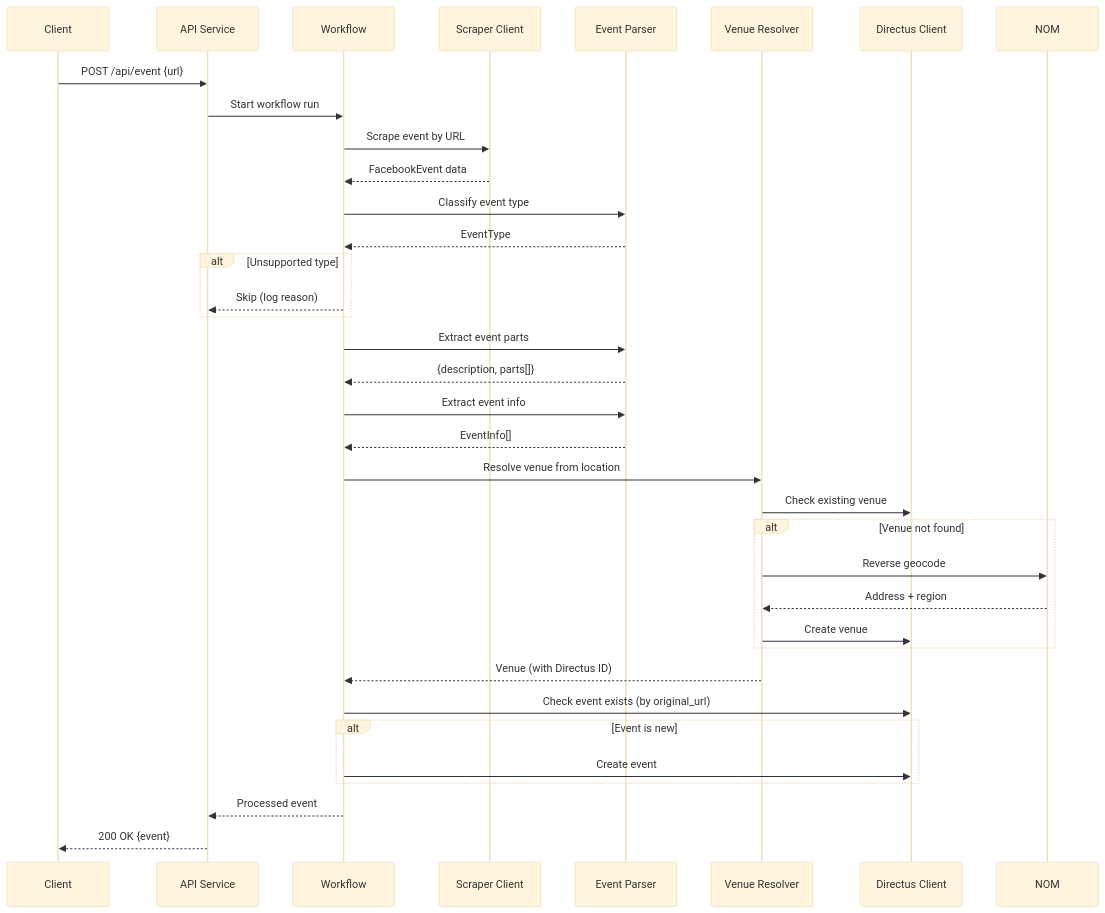
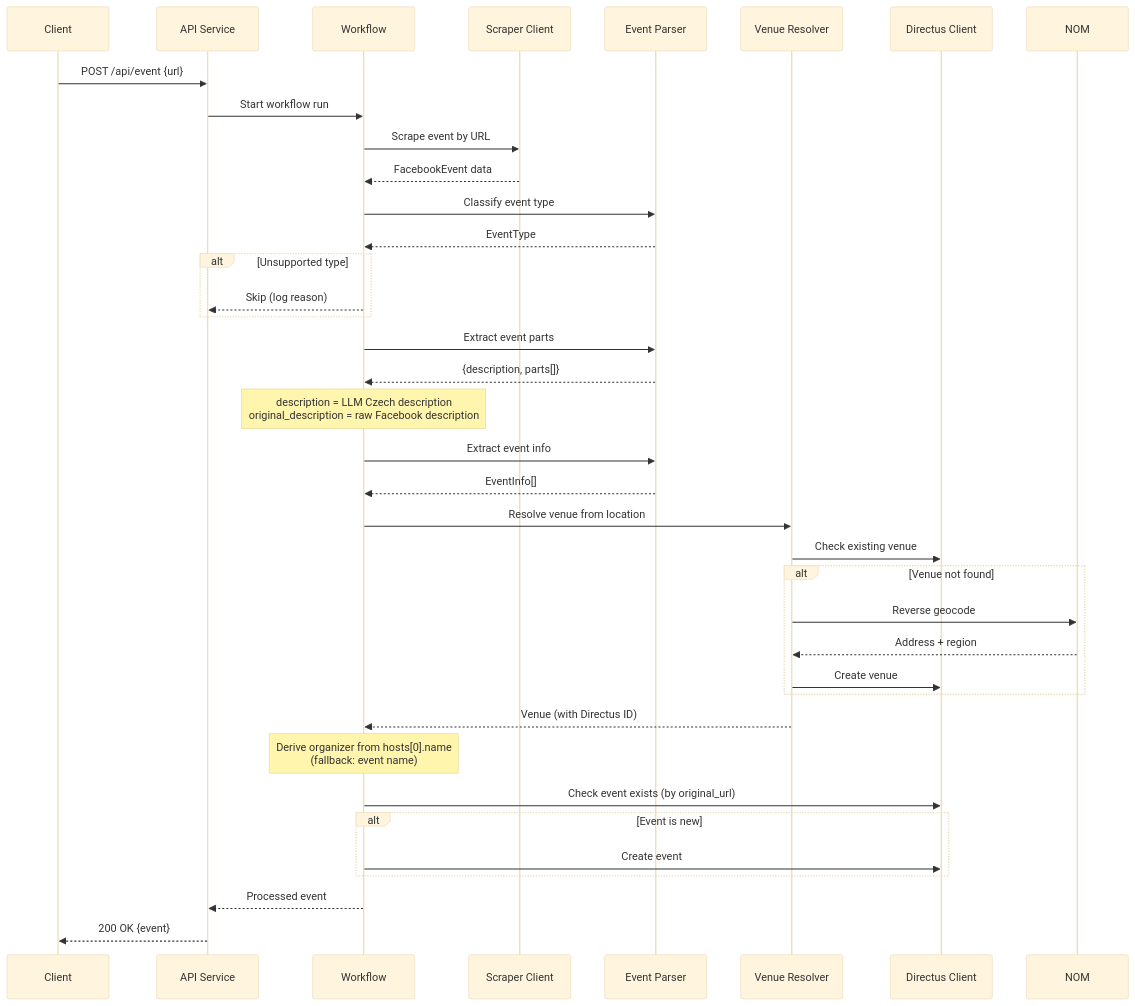
The second of 4 diagrams in .kiro/specs/event-workflow-restate/design.md (mjablecnik/Dancee-2.0), drawn with Mermaid (base theme) before and after one commit. The commit also changed other lines of this file and 1 other file, not shown here.

Commit message:
refactor: update event processing workflow and enhance documentation on container architecture

````diff
--- a/.kiro/specs/event-workflow-restate/design.md
+++ b/.kiro/specs/event-workflow-restate/design.md
@@ -63,38 +63,40 @@
 ```mermaid
 sequenceDiagram
     participant C as Client
     participant API as API Service
     participant WF as Workflow
     participant SC as Scraper Client
     participant AI as Event Parser
     participant VR as Venue Resolver
     participant DC as Directus Client
 
     C->>API: POST /api/event {url}
     API->>WF: Start workflow run
     WF->>SC: Scrape event by URL
     SC-->>WF: FacebookEvent data
     WF->>AI: Classify event type
     AI-->>WF: EventType
     alt Unsupported type
         WF-->>API: Skip (log reason)
     end
     WF->>AI: Extract event parts
     AI-->>WF: {description, parts[]}
+    Note over WF: description = LLM Czech description<br/>original_description = raw Facebook description
     WF->>AI: Extract event info
     AI-->>WF: EventInfo[]
     WF->>VR: Resolve venue from location
     VR->>DC: Check existing venue
     alt Venue not found
         VR->>NOM: Reverse geocode
         NOM-->>VR: Address + region
         VR->>DC: Create venue
     end
     VR-->>WF: Venue (with Directus ID)
+    Note over WF: Derive organizer from hosts[0].name<br/>(fallback: event name)
     WF->>DC: Check event exists (by original_url)
     alt Event is new
         WF->>DC: Create event
     end
     WF-->>API: Processed event
     API-->>C: 200 OK {event}
 ```
````
